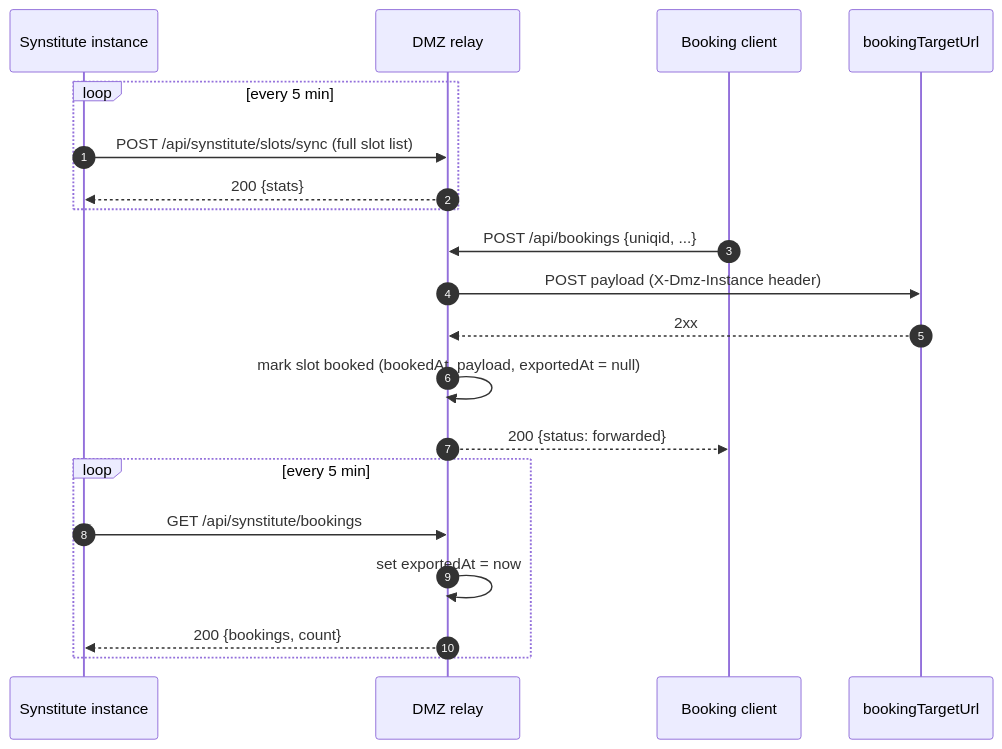
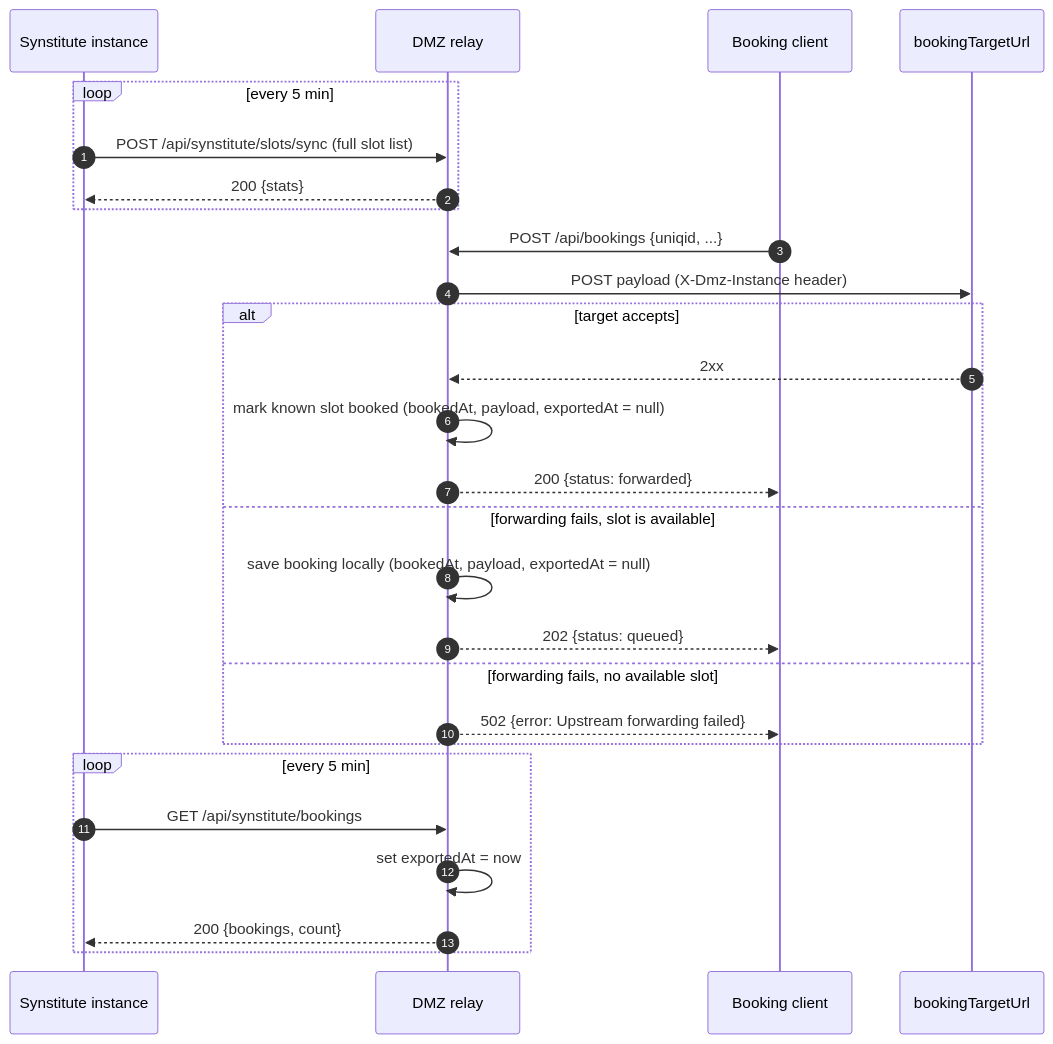
The second of 2 diagrams in docs/slot-sync.md (prolyfix/dmz), drawn with Mermaid before and after one commit. The commit also changed other lines of this file and 26 other files, not shown here.

````diff
--- a/docs/slot-sync.md
+++ b/docs/slot-sync.md
@@ -92,25 +94,32 @@
 ```mermaid
 sequenceDiagram
     autonumber
     participant S as Synstitute instance
     participant D as DMZ relay
     participant C as Booking client
     participant T as bookingTargetUrl
 
     loop every 5 min
         S->>D: POST /api/synstitute/slots/sync (full slot list)
         D-->>S: 200 {stats}
     end
 
     C->>D: POST /api/bookings {uniqid, ...}
     D->>T: POST payload (X-Dmz-Instance header)
-    T-->>D: 2xx
-    D->>D: mark slot booked (bookedAt, payload, exportedAt = null)
-    D-->>C: 200 {status: forwarded}
+    alt target accepts
+        T-->>D: 2xx
+        D->>D: mark known slot booked (bookedAt, payload, exportedAt = null)
+        D-->>C: 200 {status: forwarded}
+    else forwarding fails, slot is available
+        D->>D: save booking locally (bookedAt, payload, exportedAt = null)
+        D-->>C: 202 {status: queued}
+    else forwarding fails, no available slot
+        D-->>C: 502 {error: Upstream forwarding failed}
+    end
 
     loop every 5 min
         S->>D: GET /api/synstitute/bookings
         D->>D: set exportedAt = now
         D-->>S: 200 {bookings, count}
     end
 ```
````
